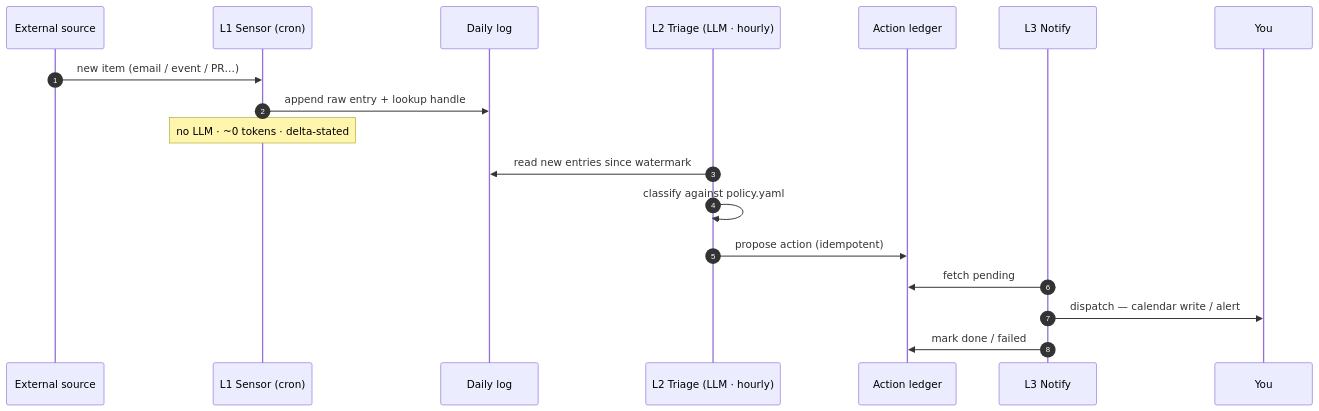
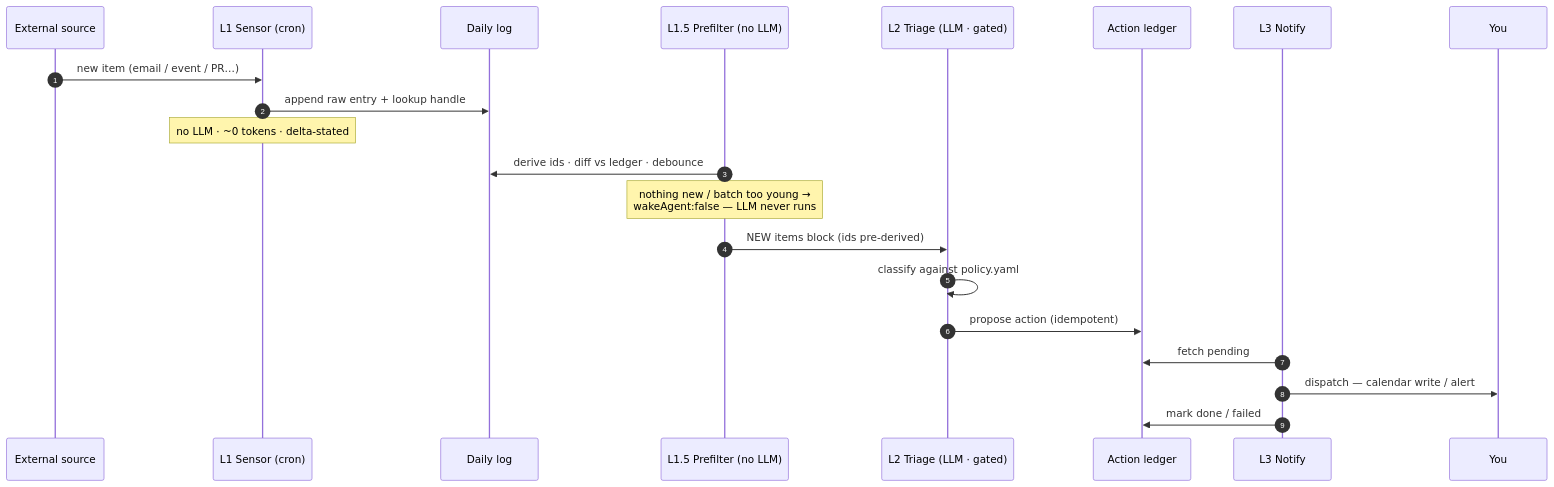
Before and after one commit to MarcusJones/agentic-signal-triage-notify: the diagram in docs/architecture.md, drawn with Mermaid. The commit also changed other lines of this file and 30 other files, not shown here.

````diff
--- a/docs/architecture.md
+++ b/docs/architecture.md
@@ -19,21 +26,24 @@
 ```mermaid
 sequenceDiagram
     autonumber
     participant Src as External source
     participant Sensor as L1 Sensor (cron)
     participant Log as Daily log
-    participant Triage as L2 Triage (LLM · hourly)
+    participant PF as L1.5 Prefilter (no LLM)
+    participant Triage as L2 Triage (LLM · gated)
     participant Ledger as Action ledger
     participant Notify as L3 Notify
     participant User as You
 
     Src->>Sensor: new item (email / event / PR…)
     Sensor->>Log: append raw entry + lookup handle
     Note over Sensor: no LLM · ~0 tokens · delta-stated
-    Triage->>Log: read new entries since watermark
+    PF->>Log: derive ids · diff vs ledger · debounce
+    Note over PF: nothing new / batch too young →<br/>wakeAgent:false — LLM never runs
+    PF->>Triage: NEW items block (ids pre-derived)
     Triage->>Triage: classify against policy.yaml
     Triage->>Ledger: propose action (idempotent)
     Notify->>Ledger: fetch pending
     Notify->>User: dispatch — calendar write / alert
     Notify->>Ledger: mark done / failed
 ```
````
